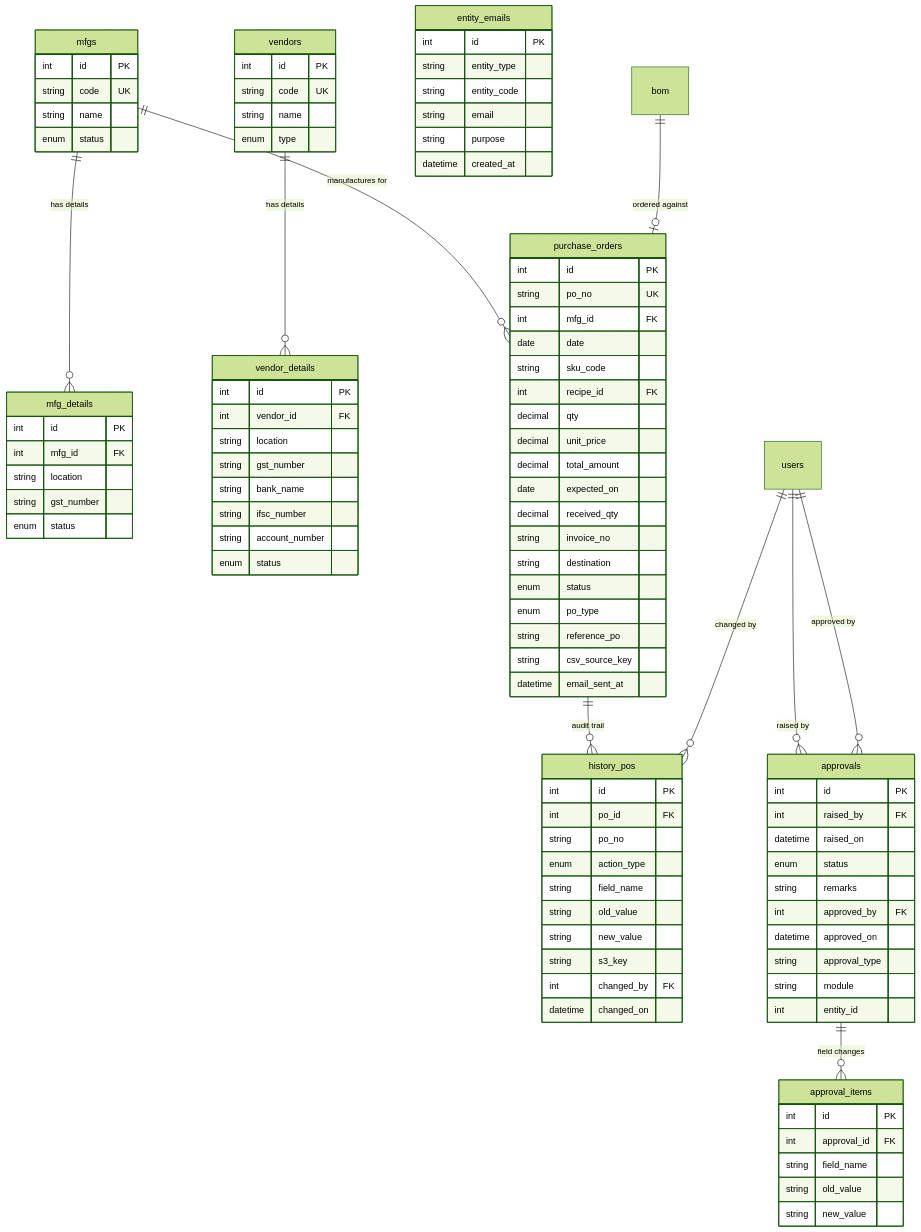
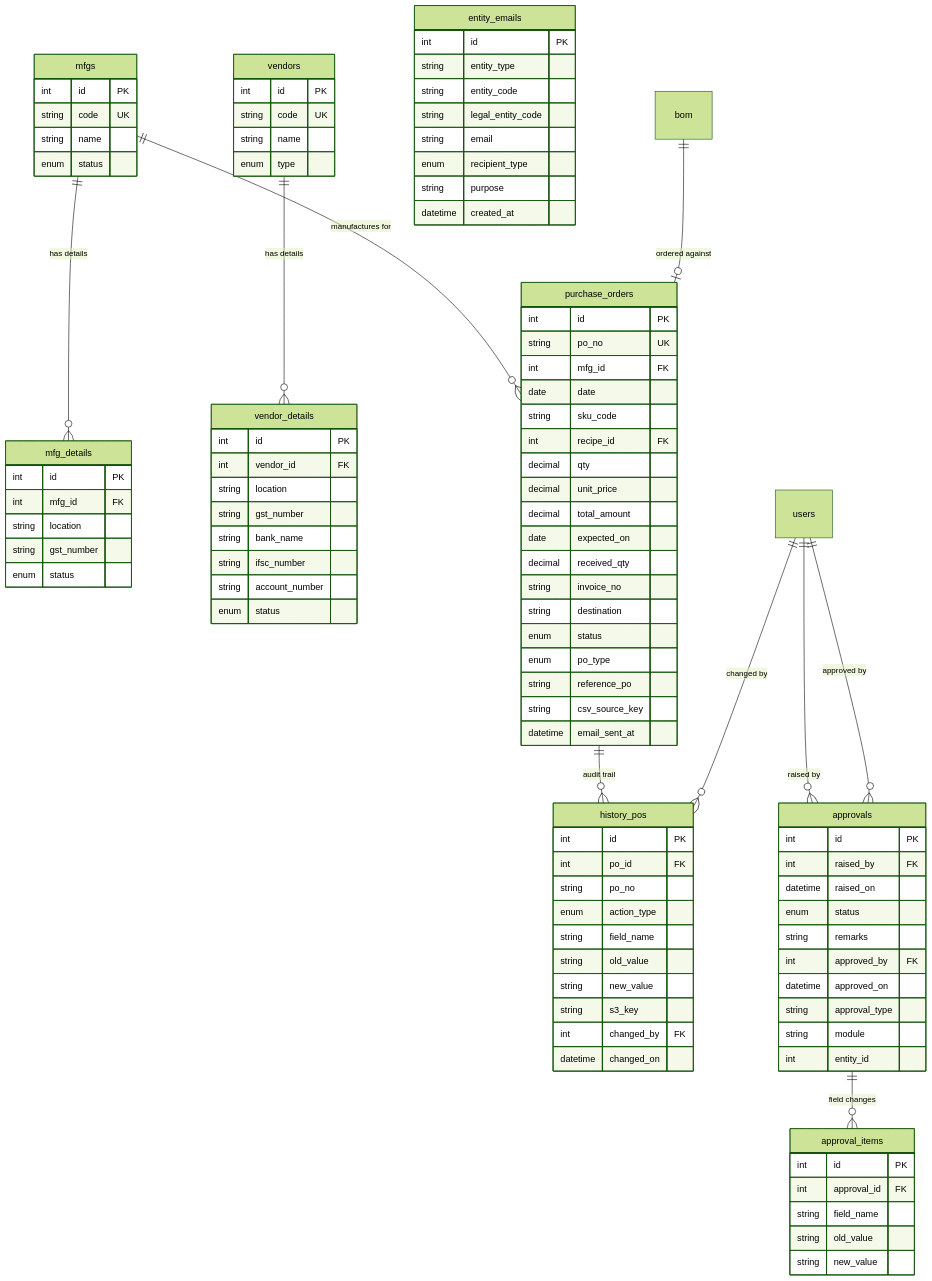
One commit to ERP-PreFg-Admin/ERP-Prefg-Tool changed the fourth of 4 diagrams in erp_project/docs/database-schema.md. Above: the diagram before and after it, drawn with Mermaid (forest theme). The commit also changed other lines of this file and 8 other files, not shown here.

```diff
--- a/erp_project/docs/database-schema.md
+++ b/erp_project/docs/database-schema.md
@@ -447,7 +447,9 @@
         int id PK
         string entity_type
         string entity_code
+        string legal_entity_code
         string email
+        enum recipient_type
         string purpose
         datetime created_at
     }
```
